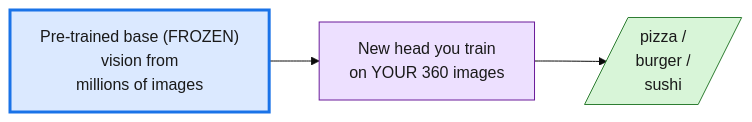
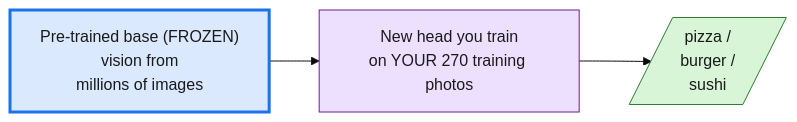
The seventh of 12 diagrams in exercises.qmd (ismayc/oreilly-deep-learning-made-simple), drawn with Mermaid before and after one commit. The commit also changed other lines of this file and 7 other files, not shown here.

First line of the commit message:
Correct the Module 1 accuracy claim and the transfer-learning diagram

````diff
--- a/exercises.qmd
+++ b/exercises.qmd
@@ -527,11 +527,11 @@
 ```{mermaid}
 %%| fig-cap: "Keep the giant model's general vision frozen; train only a small new head on your own data."
 %%| fig-align: center
 %%{init: {'theme': 'base', 'themeVariables': {'fontSize': '16px'}}}%%
 flowchart LR
-  V["Pre-trained base (FROZEN)<br/>vision from<br/>millions of images"]:::frozen --> NH["New head you train<br/>on YOUR 360 images"]:::accent
+  V["Pre-trained base (FROZEN)<br/>vision from<br/>millions of images"]:::frozen --> NH["New head you train<br/>on YOUR 270 training photos"]:::accent
   NH --> OUT[/"pizza /<br/>burger /<br/>sushi"/]:::good
   classDef frozen fill:#dbe9ff,stroke:#1a73e8,stroke-width:3px,color:#1a1a1a
   classDef accent fill:#ede0ff,stroke:#6a1b9a,color:#1a1a1a
   classDef good fill:#d8f5d8,stroke:#2e7d32,color:#1a1a1a
 ```
````
